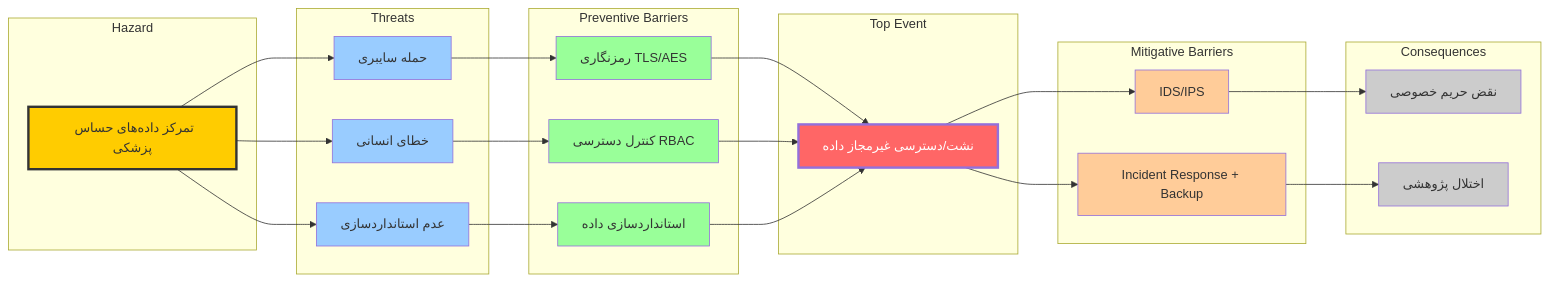
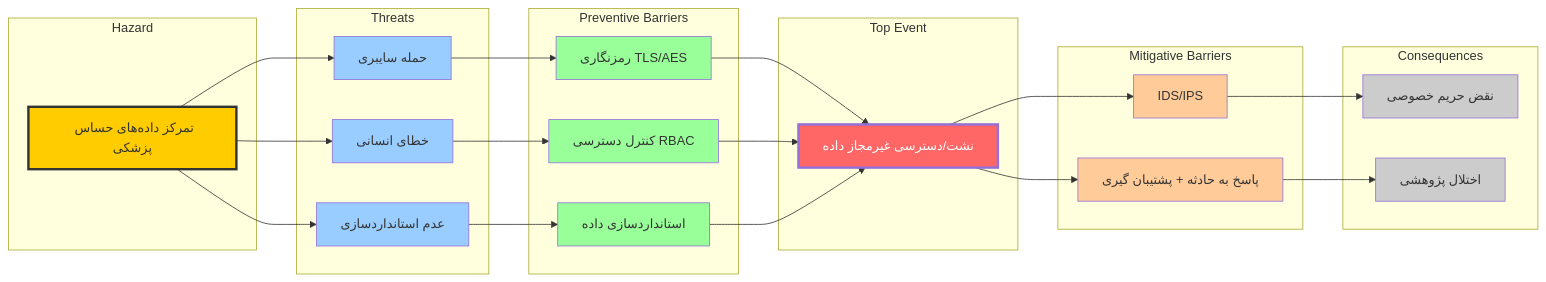
One commit to hadisadoghiyazdi1971/hadisadoghiyazdi1971.github.io changed the second of 13 diagrams in presentation/DataBase_MediacalUniversity.md. Above: the diagram before and after it, drawn with Mermaid.

````diff
--- a/presentation/DataBase_MediacalUniversity.md
+++ b/presentation/DataBase_MediacalUniversity.md
@@ -118,72 +118,72 @@
 ```mermaid
 flowchart LR
 
 %% --- Hazard ---
 subgraph HZ["Hazard"]
     H["تمرکز داده‌های حساس پزشکی"]
 end
 
 %% --- Threats ---
 subgraph TH["Threats"]
     T1["حمله سایبری"]
     T2["عدم استانداردسازی"]
     T3["خطای انسانی"]
 end
 
 %% --- Preventive Barriers ---
 subgraph PB["Preventive Barriers"]
     P1["رمزنگاری TLS/AES"]
     P2["کنترل دسترسی RBAC"]
     P3["استانداردسازی داده"]
 end
 
 %% --- Top Event ---
 subgraph TE["Top Event"]
     TE1["نشت/دسترسی غیرمجاز داده"]
 end
 
 %% --- Mitigative Barriers ---
 subgraph MB["Mitigative Barriers"]
     M1["IDS/IPS"]
-    M2["Incident Response + Backup"]
+    M2["پاسخ به حادثه + پشتیبان گیری"]
 end
 
 %% --- Consequences ---
 subgraph CS["Consequences"]
     C1["نقض حریم خصوصی"]
     C2["اختلال پژوهشی"]
 end
 
 %% --- Connections ---
 H --> T1
 H --> T2
 H --> T3
 
 T1 --> P1
 T2 --> P3
 T3 --> P2
 
 P1 --> TE1
 P2 --> TE1
 P3 --> TE1
 
 TE1 --> M1
 TE1 --> M2
 
 M1 --> C1
 M2 --> C2
 
 %% --- Styles ---
 style H fill:#ffcc00,stroke:#333,stroke-width:3px
 style T1 fill:#99ccff
 style T2 fill:#99ccff
 style T3 fill:#99ccff
 style P1 fill:#99ff99
 style P2 fill:#99ff99
 style P3 fill:#99ff99
 style TE1 fill:#ff6666,color:#fff,stroke-width:3px
 style M1 fill:#ffcc99
 style M2 fill:#ffcc99
 style C1 fill:#cccccc
 style C2 fill:#cccccc
 ```
````
